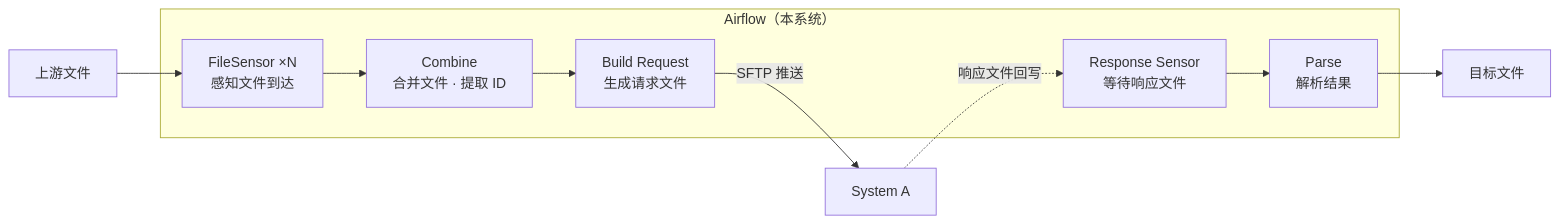
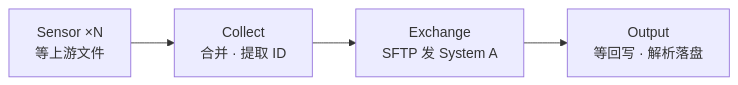
Before and after one commit to owengoodluck/docs-workbench: the first of 3 diagrams in design/security-id-migration/2026-11-03-系统架构-design.md, drawn with Mermaid. The commit also changed other lines of this file, not shown here.

````diff
--- a/design/security-id-migration/2026-11-03-系统架构-design.md
+++ b/design/security-id-migration/2026-11-03-系统架构-design.md
@@ -51,17 +48,6 @@
 ```mermaid
 flowchart LR
-    subgraph AF["Airflow（本系统）"]
-        S1["FileSensor ×N<br/>感知文件到达"]
-        CM["Combine<br/>合并文件 · 提取 ID"]
-        BF["Build Request<br/>生成请求文件"]
-        WF["Response Sensor<br/>等待响应文件"]
-        PS["Parse<br/>解析结果"]
-    end
-    UP["上游文件"] --> S1
-    S1 --> CM
-    CM --> BF
-    BF -- "SFTP 推送" --> SA["System A"]
-    SA -. "响应文件回写" .-> WF
-    WF --> PS
-    PS --> OUT["目标文件"]
+    S["Sensor ×N<br/>等上游文件"] --> C["Collect<br/>合并 · 提取 ID"]
+    C --> X["Exchange<br/>SFTP 发 System A"]
+    X --> O["Output<br/>等回写 · 解析落盘"]
 ```
````
